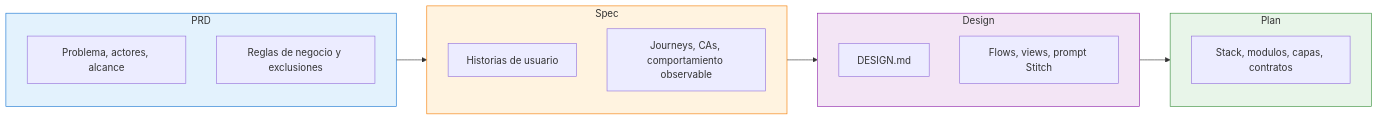
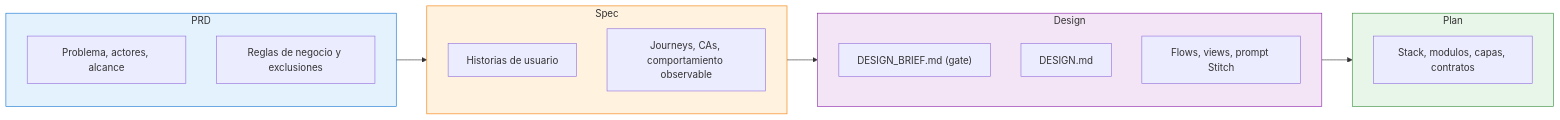
The second of 3 diagrams in sdd/DIAGRAMS.md (OspofeDeveloper/ai-dev-agents-lab), drawn with Mermaid before and after one commit. The commit also changed 193 other files, not shown here.

````diff
--- a/sdd/DIAGRAMS.md
+++ b/sdd/DIAGRAMS.md
@@ -48,30 +48,31 @@
 ```mermaid
 flowchart LR
     subgraph PRD["PRD"]
         P1["Problema, actores, alcance"]
         P2["Reglas de negocio y exclusiones"]
     end
 
     subgraph SPEC["Spec"]
         S1["Historias de usuario"]
         S2["Journeys, CAs, comportamiento observable"]
     end
 
     subgraph DESIGN["Design"]
+        D0["DESIGN_BRIEF.md (gate)"]
         D1["DESIGN.md"]
         D2["Flows, views, prompt Stitch"]
     end
 
     subgraph PLAN["Plan"]
         T1["Stack, modulos, capas, contratos"]
     end
 
     PRD --> SPEC
     SPEC --> DESIGN
     DESIGN --> PLAN
 
     style PRD fill:#e3f2fd,stroke:#1976d2
     style SPEC fill:#fff3e0,stroke:#f57c00
     style DESIGN fill:#f3e5f5,stroke:#8e24aa
     style PLAN fill:#e8f5e9,stroke:#388e3c
 ```
````
